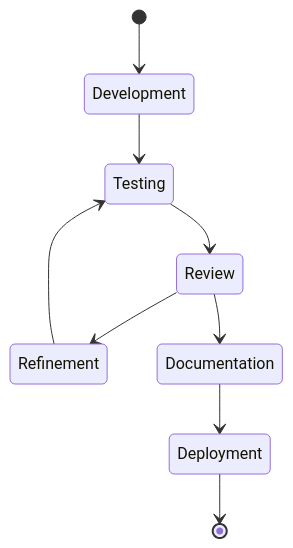
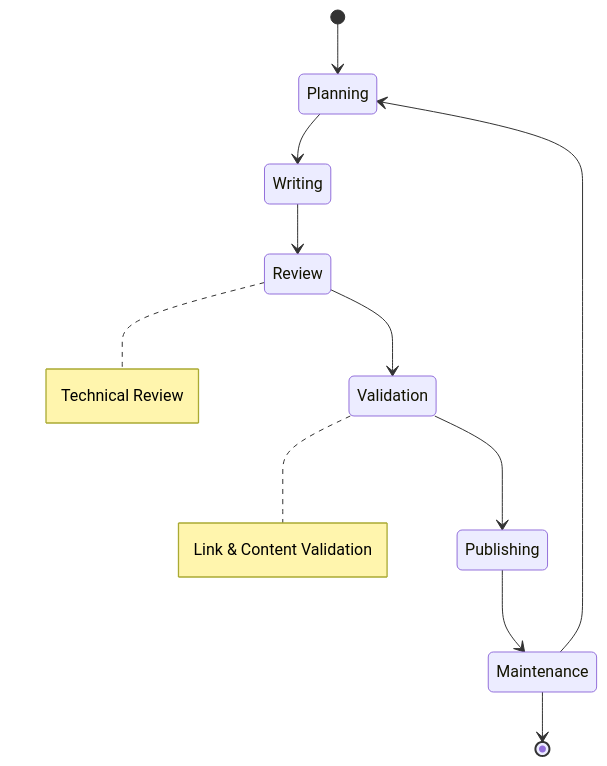
Before and after one commit to ActiveInferenceInstitute/cognitive: the third of 3 diagrams in docs/README.md, drawn with Mermaid. The commit also changed other lines of this file and 265 other files, not shown here.

````diff
--- a/docs/README.md
+++ b/docs/README.md
@@ -268,21 +195,14 @@
 ```mermaid
+stateDiagram-v2
+    [*] --> Planning
+    Planning --> Writing
+    Writing --> Review
+    Review --> Validation
+    Validation --> Publishing
+    Publishing --> Maintenance
+    Maintenance --> Planning
+    Maintenance --> [*]
 
-stateDiagram-v2
-
-    [*] --> Development
-
-    Development --> Testing
-
-    Testing --> Review
-
-    Review --> Refinement
-
-    Refinement --> Testing
-
-    Review --> Documentation
-
-    Documentation --> Deployment
-
-    Deployment --> [*]
-
+    note right of Review : Technical Review
+    note right of Validation : Link & Content Validation
 ```
````
